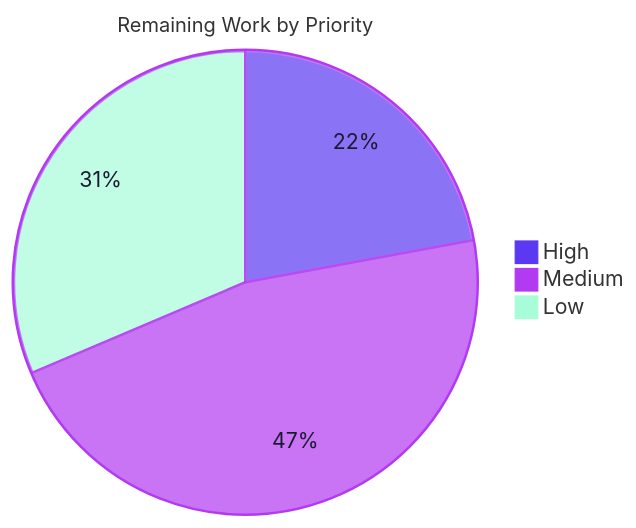
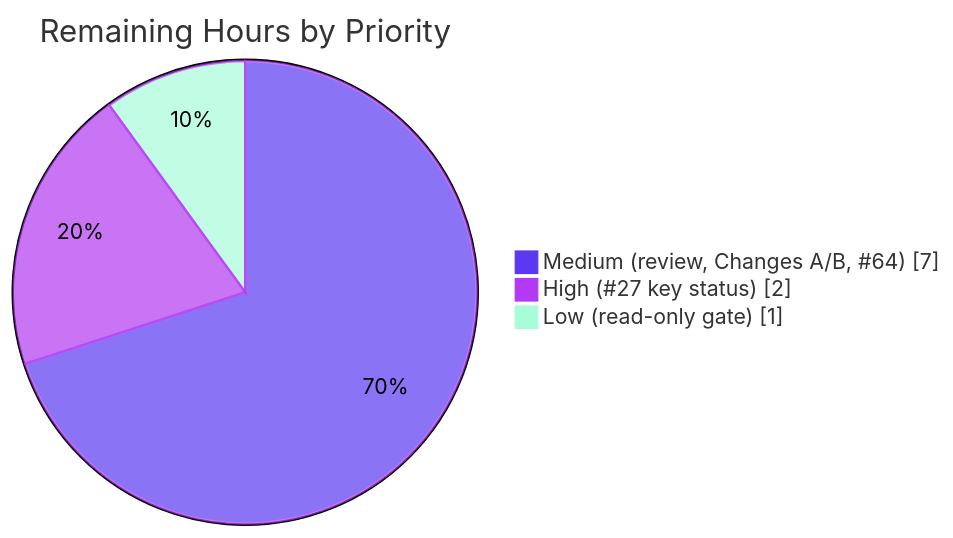
One commit to blitzy-public-samples/bps-trufflehog changed the third of 3 diagrams in blitzy/documentation/Project Guide.md. Above: the diagram before and after it, drawn with Mermaid. The commit also changed other lines of this file, not shown here.

Commit message:
Adding Blitzy Project Guide: Project Status and Human Tasks Remaining

````diff
--- a/blitzy/documentation/Project Guide.md
+++ b/blitzy/documentation/Project Guide.md
@@ -233,7 +201,7 @@
 ```mermaid
-%%{init: {'theme':'base','themeVariables':{'pie1':'#5B39F3','pie2':'#B23AF2','pie3':'#A8FDD9','pieStrokeColor':'#B23AF2','pieOuterStrokeColor':'#B23AF2','pieSectionTextColor':'#1B1A33','pieTitleTextSize':'16px'}}}%%
-pie title Remaining Work by Priority
-    "High" : 9.5
-    "Medium" : 20
-    "Low" : 13.5
+%%{init: {'theme':'base','themeVariables':{'pie1':'#5B39F3','pie2':'#B23AF2','pie3':'#A8FDD9','pieStrokeColor':'#B23AF2','pieSectionTextColor':'#000000'}}}%%
+pie showData title Remaining Hours by Priority
+    "Medium (review, Changes A/B, #64)" : 7
+    "High (#27 key status)" : 2
+    "Low (read-only gate)" : 1
 ```
````
